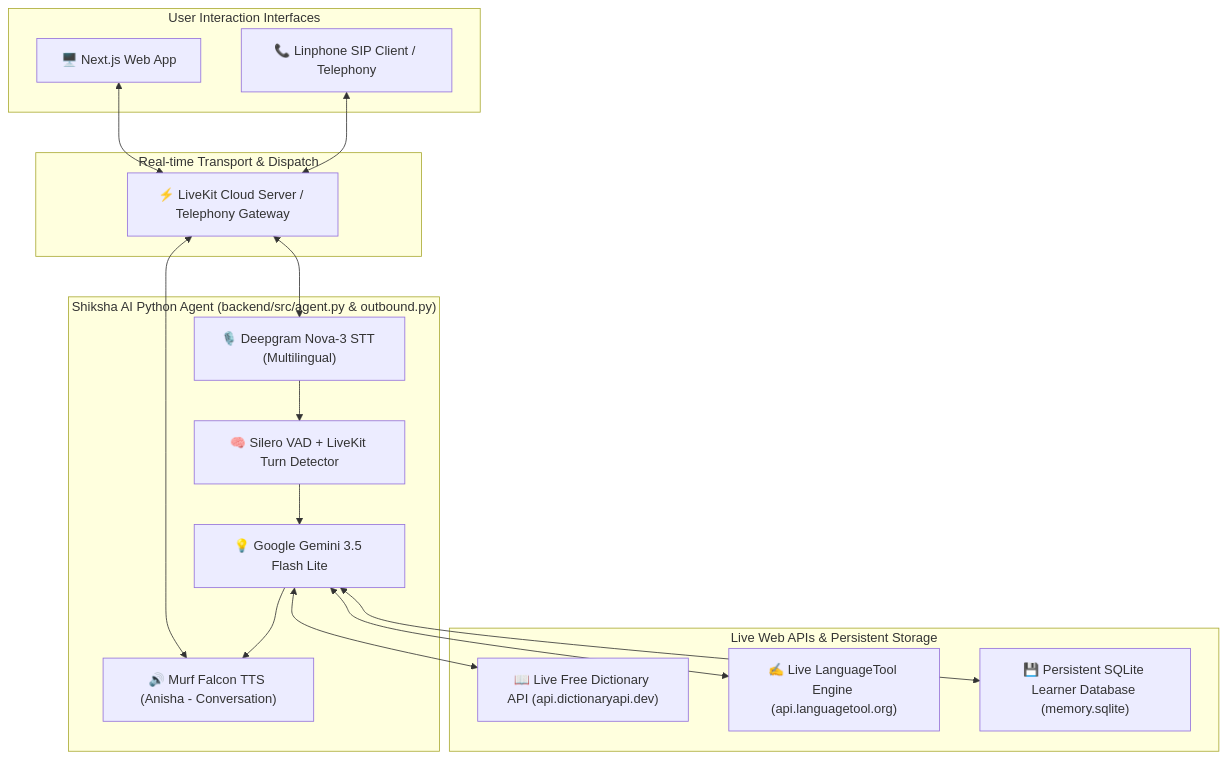
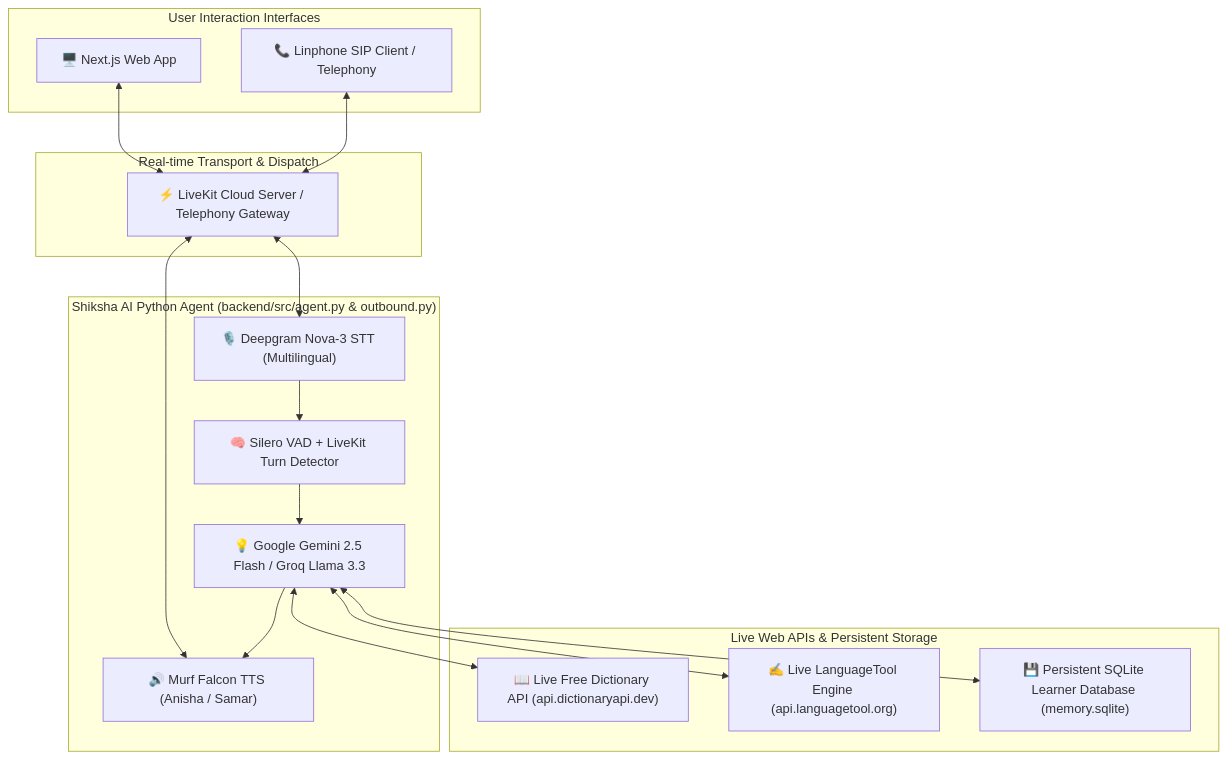
One commit to Cheese-Cheese/voice-for-bharat-challenge-2026 changed the diagram in README.md. Above: the diagram before and after it, drawn with Mermaid. The commit also changed other lines of this file, not shown here.

````diff
--- a/README.md
+++ b/README.md
@@ -17,34 +17,34 @@
 ```mermaid
 flowchart TD
     subgraph Clients["User Interaction Interfaces"]
         UI["🖥️ Next.js Web App"]
         SIP["📞 Linphone SIP Client / Telephony"]
     end
 
     subgraph LiveKitEngine["Real-time Transport & Dispatch"]
         LK["⚡ LiveKit Cloud Server / Telephony Gateway"]
     end
 
     subgraph VoicePipeline["Shiksha AI Python Agent (backend/src/agent.py & outbound.py)"]
         STT["🎙️ Deepgram Nova-3 STT (Multilingual)"]
         VAD["🧠 Silero VAD + LiveKit Turn Detector"]
-        LLM["💡 Google Gemini 3.5 Flash Lite"]
-        TTS["🔊 Murf Falcon TTS (Anisha - Conversation)"]
+        LLM["💡 Google Gemini 2.5 Flash / Groq Llama 3.3"]
+        TTS["🔊 Murf Falcon TTS (Anisha / Samar)"]
     end
 
     subgraph DataIntegrations["Live Web APIs & Persistent Storage"]
         DictAPI["📖 Live Free Dictionary API (api.dictionaryapi.dev)"]
         GrammarAPI["✍️ Live LanguageTool Engine (api.languagetool.org)"]
         DB["💾 Persistent SQLite Learner Database (memory.sqlite)"]
     end
 
     UI <--> LK
     SIP <--> LK
     LK <--> STT
     LK <--> TTS
     STT --> VAD --> LLM
     LLM <--> DictAPI
     LLM <--> GrammarAPI
     LLM <--> DB
     LLM --> TTS
 ```
````
